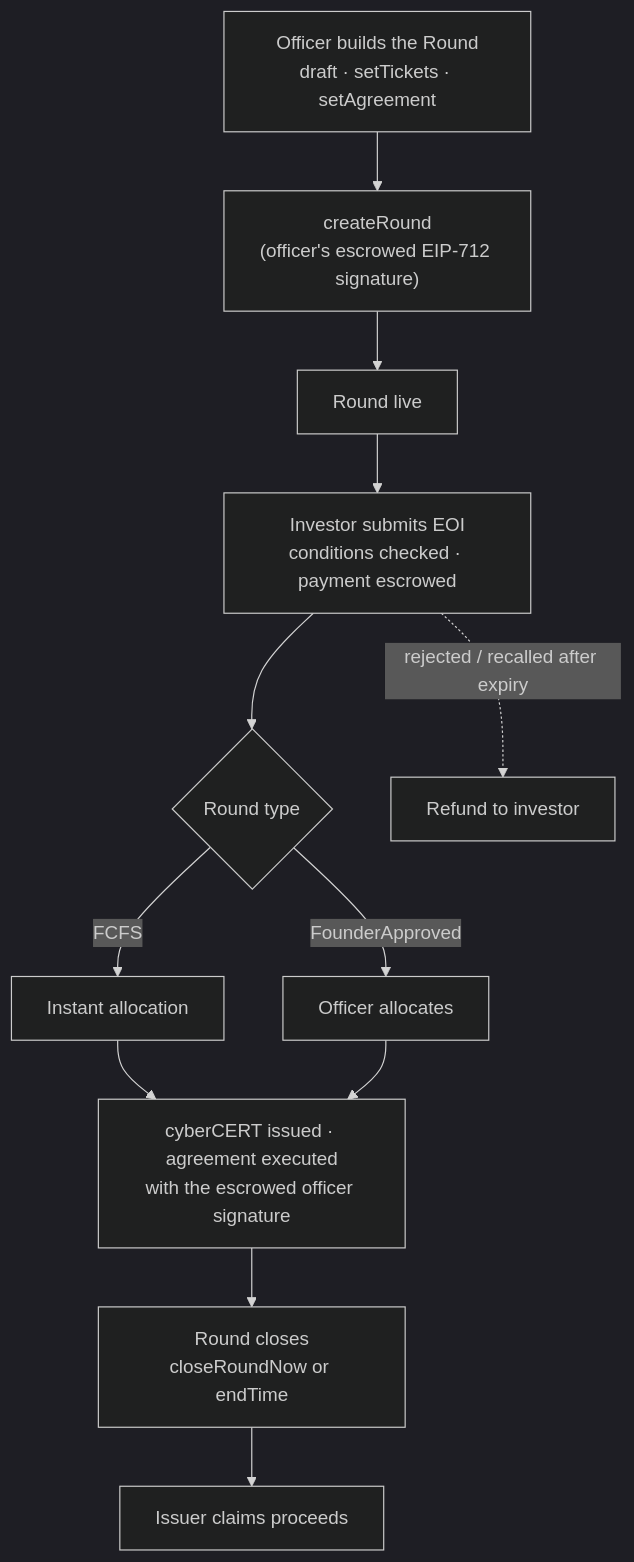
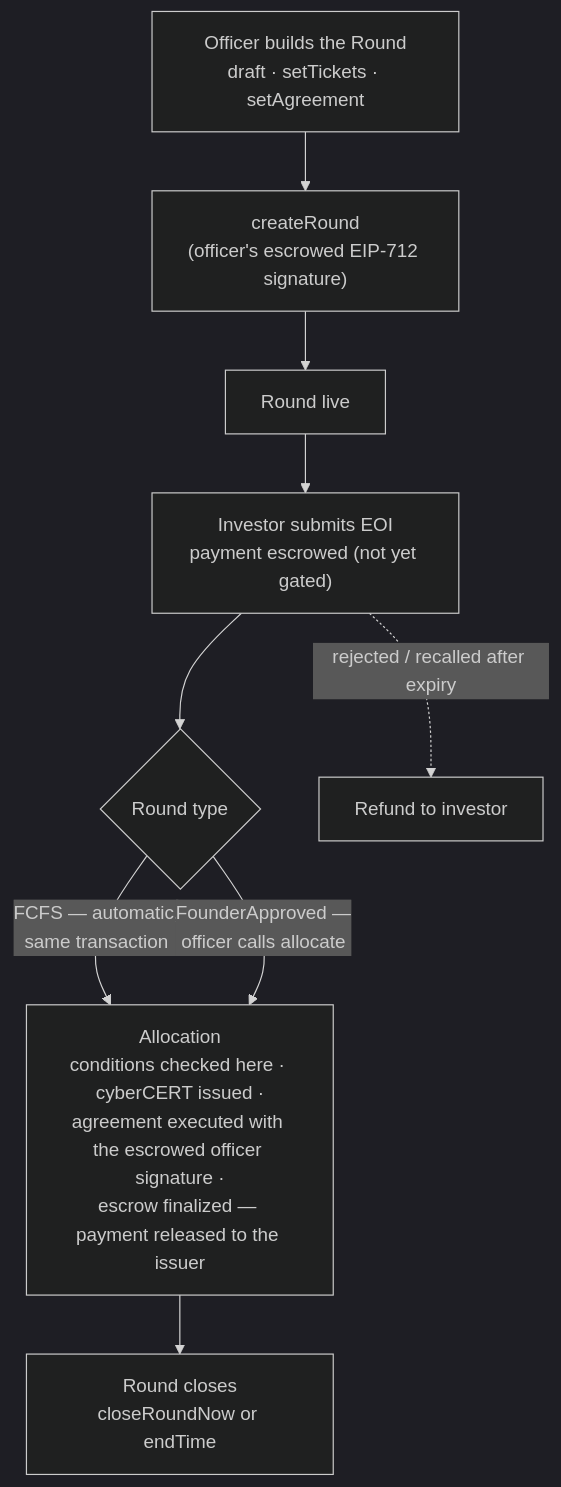
One commit to MetaLex-Tech/cybercorps-contracts changed the diagram in docs/tutorials/run-a-cyberraise-round.md. Above: the diagram before and after it, drawn with Mermaid (dark theme).

Commit message:
docs: round diagram — conditions check and payout happen at allocation
Codex round 1 on #136: conditionCheck runs in allocate (not submitEOI),
and finalizeEscrow pays the issuer at allocation — no post-close claim.

````diff
--- a/docs/tutorials/run-a-cyberraise-round.md
+++ b/docs/tutorials/run-a-cyberraise-round.md
@@ -16,14 +16,11 @@
 ```mermaid
 flowchart TD
     A["Officer builds the Round<br/>draft · setTickets · setAgreement"] --> B["createRound<br/>(officer's escrowed EIP-712 signature)"]
     B --> C["Round live"]
-    C --> D["Investor submits EOI<br/>conditions checked · payment escrowed"]
+    C --> D["Investor submits EOI<br/>payment escrowed (not yet gated)"]
     D --> E{Round type}
-    E -- "FCFS" --> F["Instant allocation"]
-    E -- "FounderApproved" --> G["Officer allocates"]
+    E -- "FCFS — automatic,<br/>same transaction" --> G["Allocation<br/>conditions checked here · cyberCERT issued ·<br/>agreement executed with the escrowed officer signature ·<br/>escrow finalized — payment released to the issuer"]
+    E -- "FounderApproved —<br/>officer calls allocate" --> G
     D -. "rejected / recalled after expiry" .-> R["Refund to investor"]
-    F --> H["cyberCERT issued · agreement executed<br/>with the escrowed officer signature"]
-    G --> H
-    H --> I["Round closes<br/>closeRoundNow or endTime"]
-    I --> J["Issuer claims proceeds"]
+    G --> I["Round closes<br/>closeRoundNow or endTime"]
 ```
````
